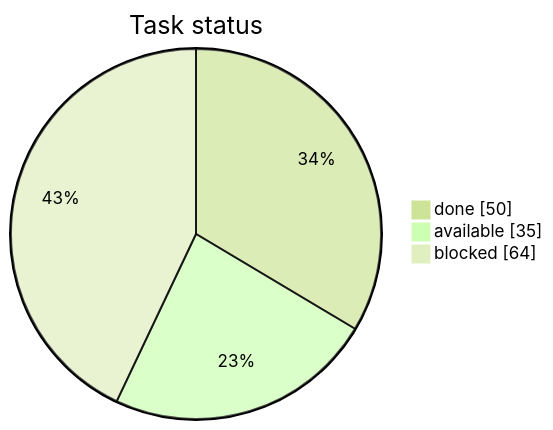
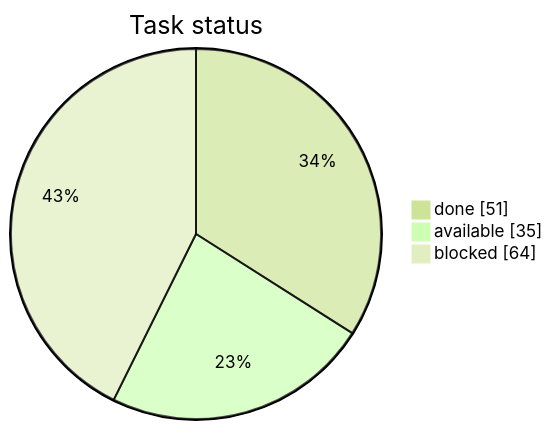
One commit to artemiiShabanov/RallyRivals changed the first of 3 diagrams in STATUS.md. Above: the diagram before and after it, drawn with Mermaid (forest theme). The commit also changed other lines of this file and 12 other files, not shown here.

````diff
--- a/STATUS.md
+++ b/STATUS.md
@@ -7,7 +7,7 @@
 ```mermaid
 pie showData
     title Task status
-    "done" : 50
+    "done" : 51
     "available" : 35
     "blocked" : 64
 ```
````
